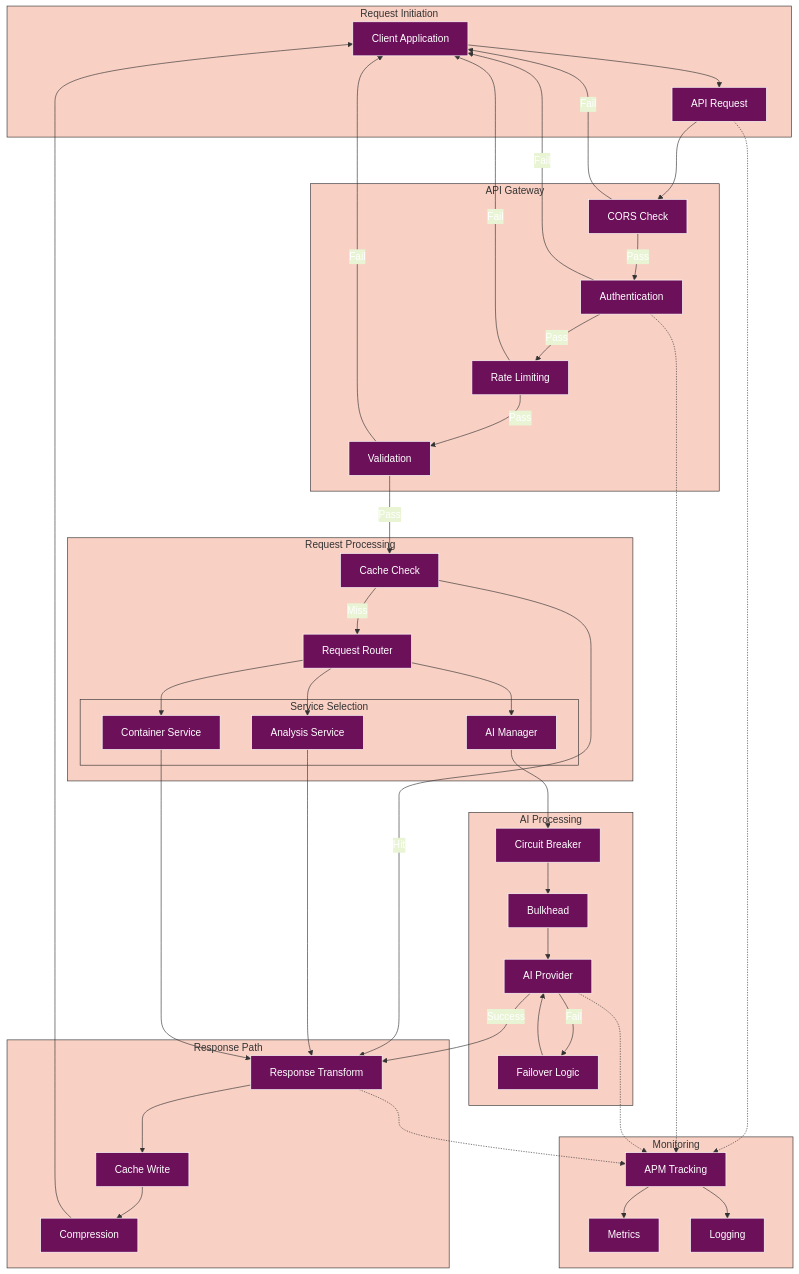
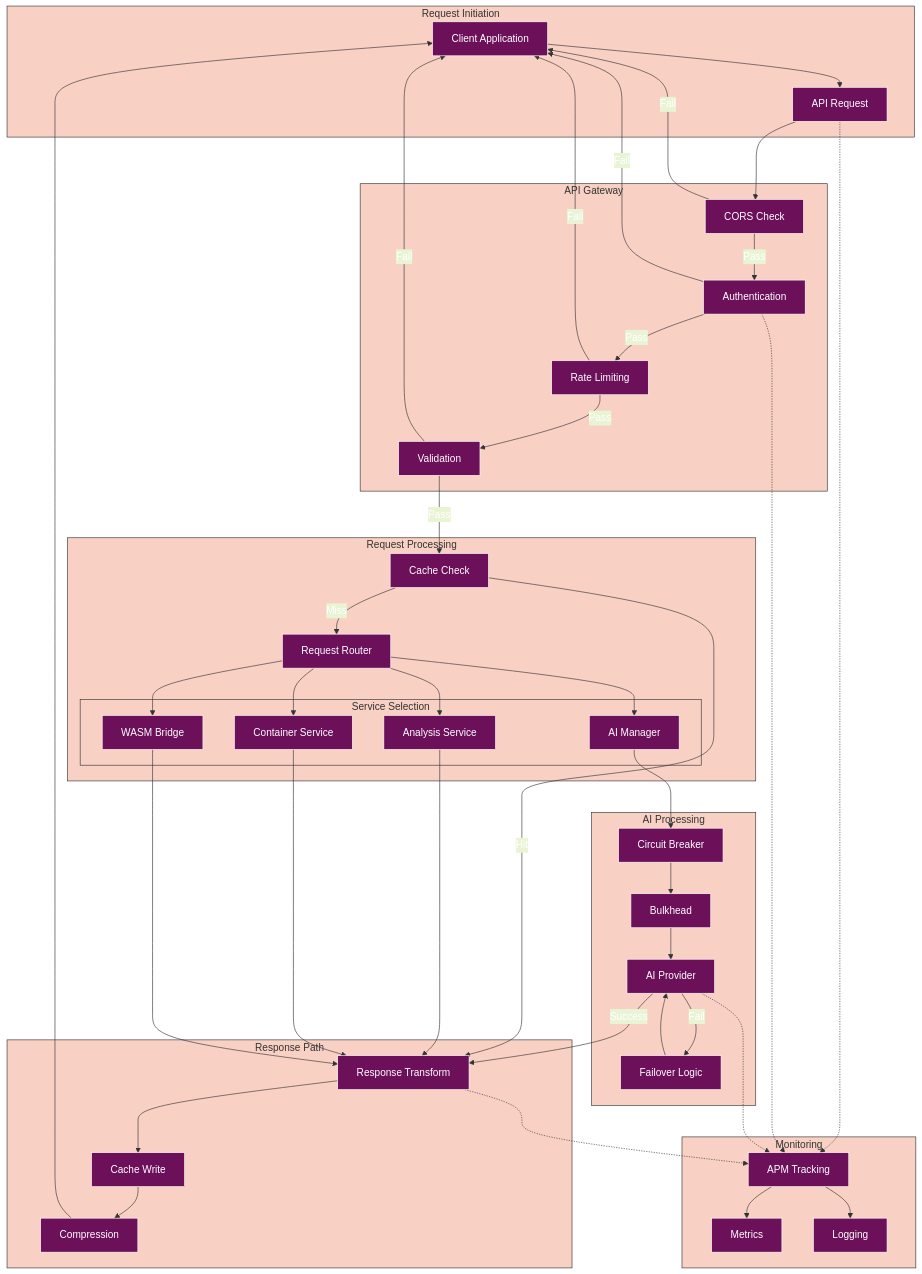
Before and after one commit to radicalkjax/Athena: diagram 20 of 20 in docs/API_INTEGRATION.md, drawn with Mermaid. The commit also changed other lines of this file and 289 other files, not shown here.

```diff
--- a/docs/API_INTEGRATION.md
+++ b/docs/API_INTEGRATION.md
@@ -1841,6 +1986,7 @@
             Analysis[Analysis Service]
             AI[AI Manager]
             Container[Container Service]
+            WASM[WASM Bridge]
         end
     end
     
@@ -1883,6 +2029,7 @@
     Router --> Analysis
     Router --> AI
     Router --> Container
+    Router --> WASM
     
     AI --> CircuitBreaker
     CircuitBreaker --> Bulkhead
@@ -1894,6 +2041,7 @@
     
     Analysis --> Transform
     Container --> Transform
+    WASM --> Transform
     
     Transform --> CacheWrite
     CacheWrite --> Compress
```
